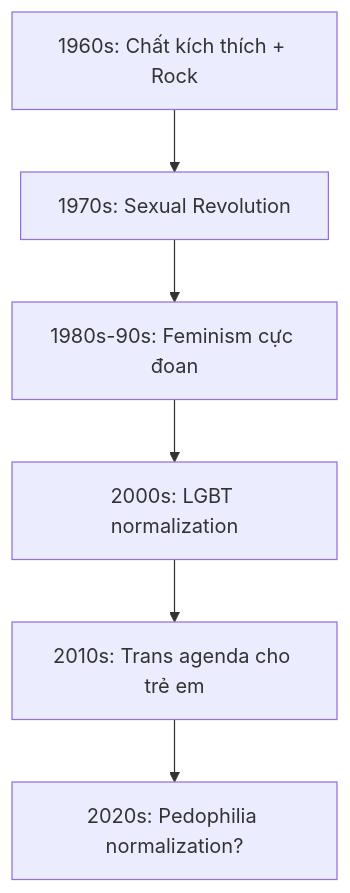
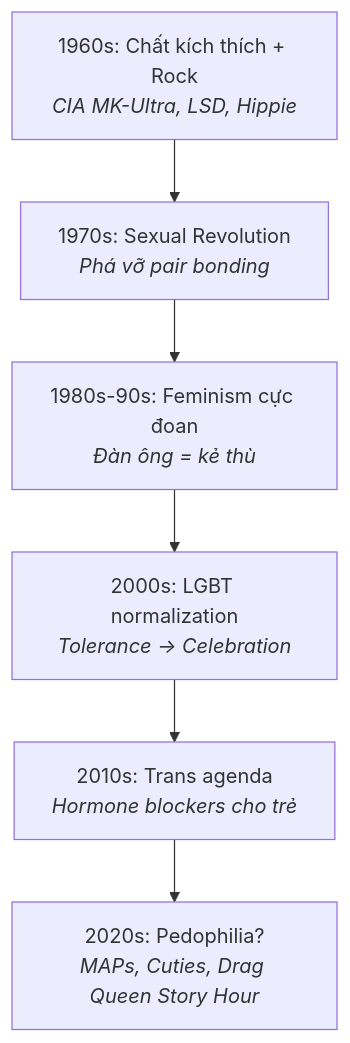
Before and after one commit to dyukahi/knowledge: the third of 5 diagrams in mental-models/Tâm Lý Học Tiến Hóa Về Giới Tính.md, drawn with Mermaid. The commit also changed other lines of this file, not shown here.

````diff
--- a/mental-models/Tâm Lý Học Tiến Hóa Về Giới Tính.md
+++ b/mental-models/Tâm Lý Học Tiến Hóa Về Giới Tính.md
@@ -233,11 +98,11 @@
 ```mermaid
 flowchart TD
-    A[1960s: Chất kích thích + Rock]
-    B[1970s: Sexual Revolution]
-    C[1980s-90s: Feminism cực đoan]
-    D[2000s: LGBT normalization]
-    E[2010s: Trans agenda cho trẻ em]
-    F[2020s: Pedophilia normalization?]
+    A["1960s: Chất kích thích + Rock<br/><i>CIA MK-Ultra, LSD, Hippie</i>"]
+    B["1970s: Sexual Revolution<br/><i>Phá vỡ pair bonding</i>"]
+    C["1980s-90s: Feminism cực đoan<br/><i>Đàn ông = kẻ thù</i>"]
+    D["2000s: LGBT normalization<br/><i>Tolerance → Celebration</i>"]
+    E["2010s: Trans agenda<br/><i>Hormone blockers cho trẻ</i>"]
+    F["2020s: Pedophilia?<br/><i>MAPs, Cuties, Drag Queen Story Hour</i>"]
     
     A --> B --> C --> D --> E --> F
 ```
````
